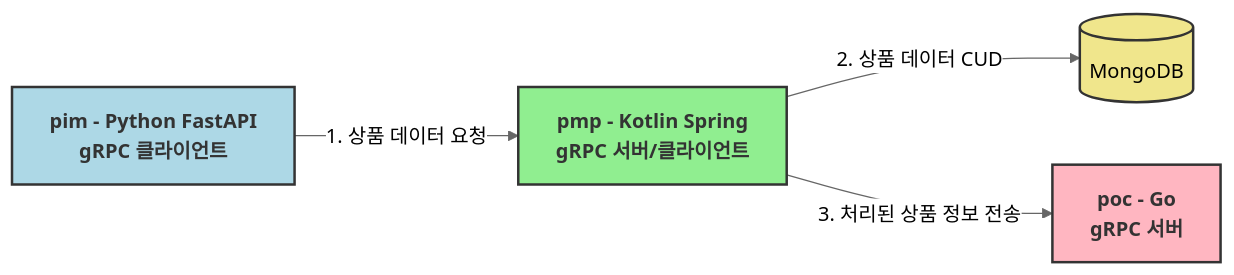
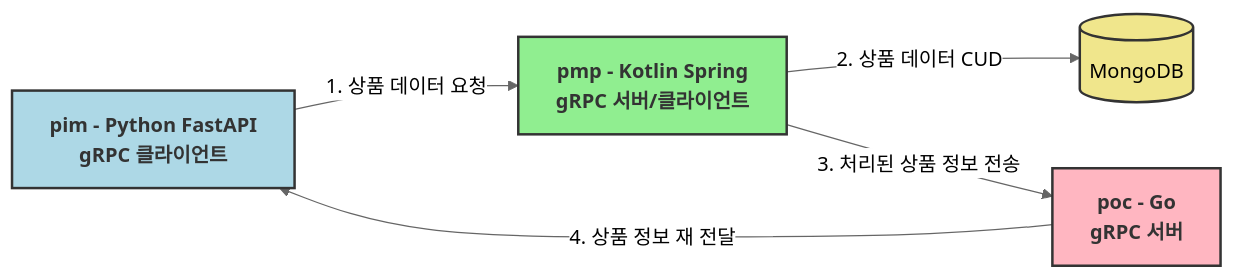
The diagram in README.md (Dokkabei97/Reactive-gRPC), drawn with Mermaid (neutral theme) before and after one commit. The commit also changed other lines of this file and 14 other files, not shown here.

````diff
--- a/README.md
+++ b/README.md
@@ -1,14 +1,15 @@
 ```mermaid
 graph LR
     PIM[pim - Python FastAPI<br>gRPC 클라이언트] -->|1. 상품 데이터 요청| PMP[pmp - Kotlin Spring<br>gRPC 서버/클라이언트]
     PMP -->|2. 상품 데이터 CUD| MONGODB[(MongoDB)]
     PMP -->|3. 처리된 상품 정보 전송| POC[poc - Go<br>gRPC 서버]
+    POC --> |4. 상품 정보 재 전달 | PIM
 
     style PIM fill:#ADD8E6,stroke:#333,stroke-width:2px
     style PMP fill:#90EE90,stroke:#333,stroke-width:2px
     style POC fill:#FFB6C1,stroke:#333,stroke-width:2px
     style MONGODB fill:#F0E68C,stroke:#333,stroke-width:2px
 
     classDef service color:#333,font-weight:bold
     class PIM,PMP,POC service
 ```
````
